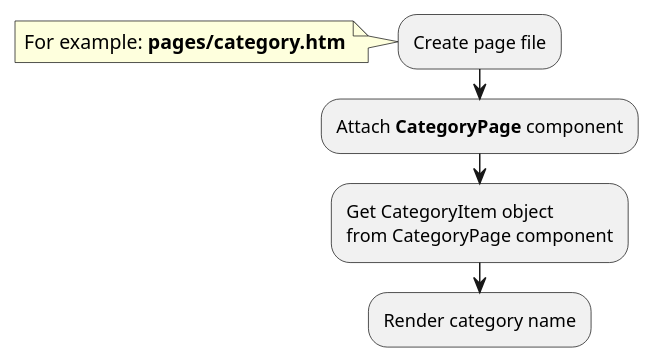
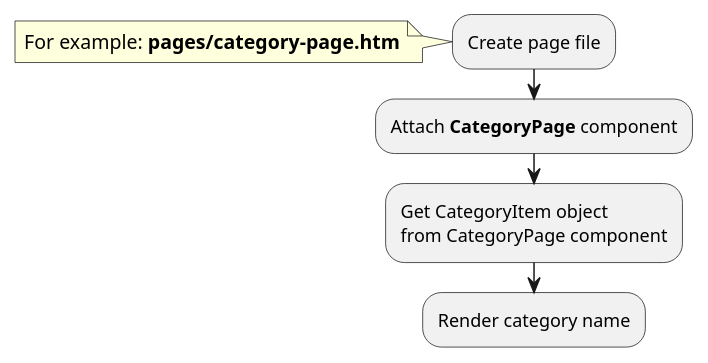
Before and after one commit to oc-shopaholic/oc-shopaholic-docs: the first of 3 diagrams in modules/category/examples.md, drawn with PlantUML. The commit also changed other lines of this file and 10 other files, not shown here.

Commit message:
Refactoring example section of category module

````diff
--- a/modules/category/examples.md
+++ b/modules/category/examples.md
@@ -20,12 +20,12 @@
 ```plantuml
 @startuml
 :Create page file;
 note left
-    For example: **pages/category.htm**
+    For example: **pages/category-page.htm**
 end note
 :Attach **CategoryPage** component;
 :Get CategoryItem object
 from CategoryPage component;
 :Render category name;
 @enduml
 ```
````
